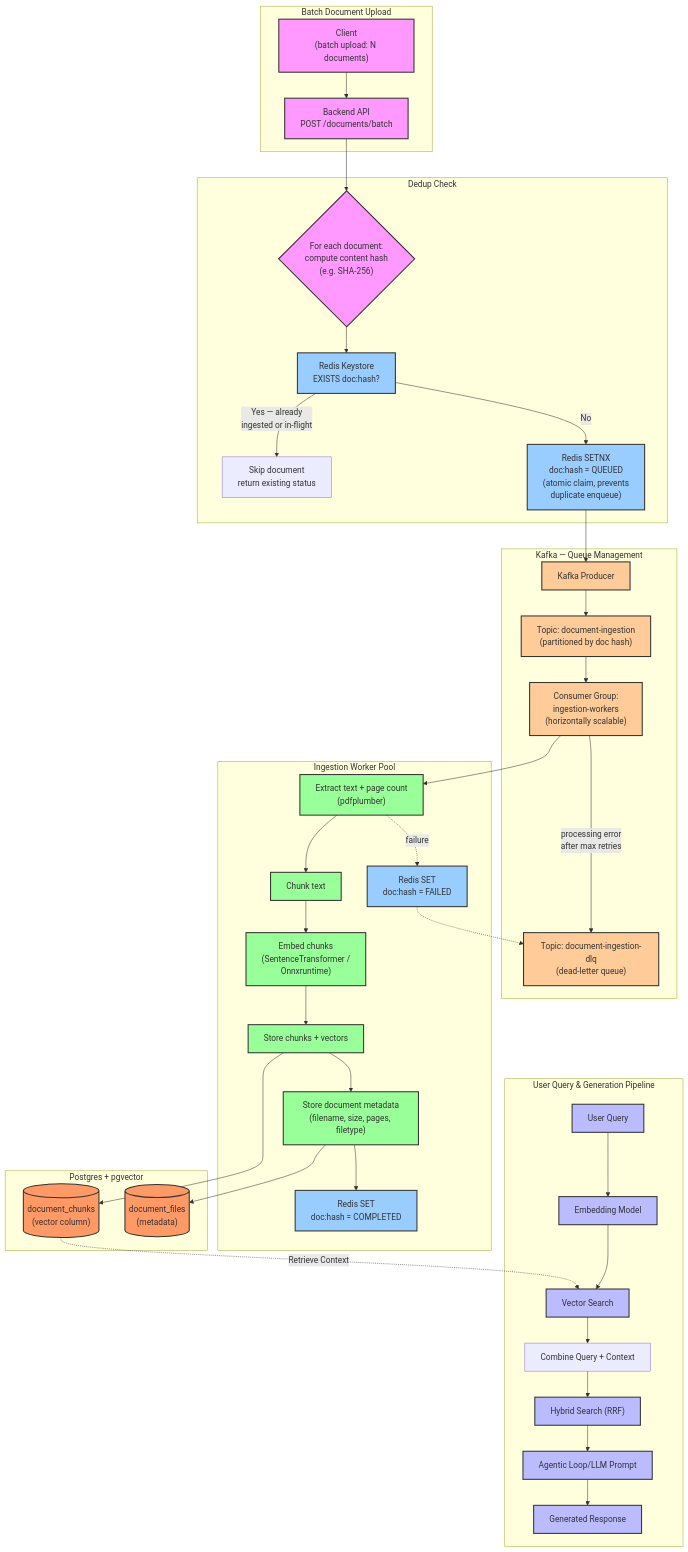
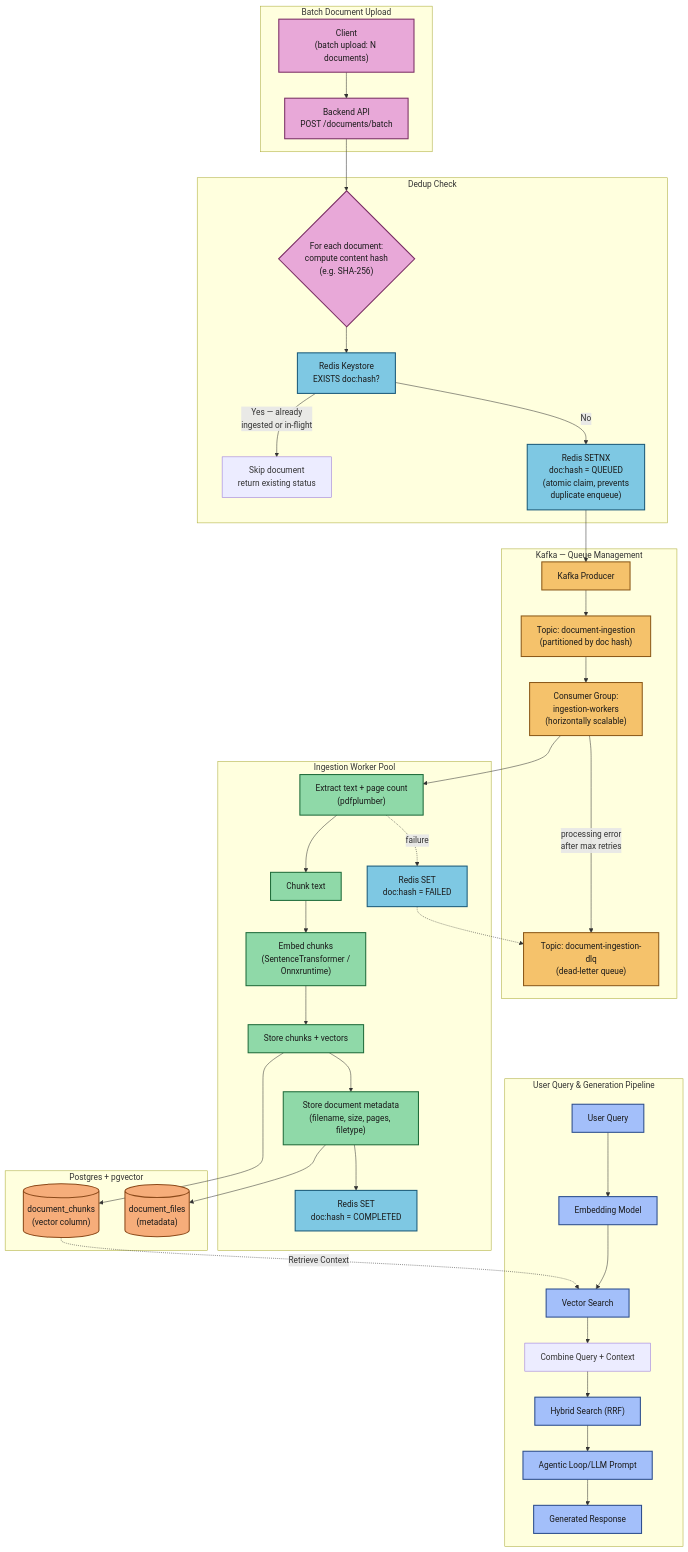
One commit to Last-Mile-Health-DH/Senior-Full-Stack-Engineer-Skills-Assessment changed the fourth of 4 diagrams in README.md. Above: the diagram before and after it, drawn with Mermaid. The commit also changed other lines of this file, not shown here.

Commit message:
updating Readme mermaid colors

````diff
--- a/README.md
+++ b/README.md
@@ -332,65 +332,65 @@
 ```mermaid
 
 flowchart TD
-    classDef ingestion fill:#f9f,stroke:#333,stroke-width:2px;
-    classDef queue fill:#fc9,stroke:#333,stroke-width:2px;
-    classDef cache fill:#9cf,stroke:#333,stroke-width:2px;
-    classDef storage fill:#f96,stroke:#333,stroke-width:2px;
-    classDef query fill:#bbf,stroke:#333,stroke-width:2px;
-    classDef worker fill:#9f9,stroke:#333,stroke-width:2px;
+    classDef ingestion fill:#e8a8d8,stroke:#7a2e64,stroke-width:2px,color:#1a1a1a;
+    classDef queue fill:#f5c26b,stroke:#8c5a1a,stroke-width:2px,color:#1a1a1a;
+    classDef cache fill:#7ec8e3,stroke:#1a5a7a,stroke-width:2px,color:#1a1a1a;
+    classDef storage fill:#f6ad7a,stroke:#8c4a1a,stroke-width:2px,color:#1a1a1a;
+    classDef query fill:#a3bffa,stroke:#2b4c8c,stroke-width:2px,color:#1a1a1a;
+    classDef worker fill:#8fd9a8,stroke:#1f6b3a,stroke-width:2px,color:#1a1a1a;
 
     %% ---------------- Batch Upload / Ingestion ----------------
     subgraph Upload["Batch Document Upload"]
         A["Client<br/>(batch upload: N documents)"] --> B["Backend API<br/>POST /documents/batch"]
     end
 
     subgraph Dedup["Dedup Check"]
         B --> C{"For each document:<br/>compute content hash<br/>(e.g. SHA-256)"}
         C --> D["Redis Keystore<br/>EXISTS doc:hash?"]
         D -->|"Yes — already<br/>ingested or in-flight"| E["Skip document<br/>return existing status"]
         D -->|"No"| F["Redis SETNX<br/>doc:hash = QUEUED<br/>(atomic claim, prevents<br/>duplicate enqueue)"]
     end
 
     subgraph Queue["Kafka — Queue Management"]
         F --> G["Kafka Producer"]
         G --> H["Topic: document-ingestion<br/>(partitioned by doc hash)"]
         H --> I["Consumer Group:<br/>ingestion-workers<br/>(horizontally scalable)"]
         I -->|processing error<br/>after max retries| J["Topic: document-ingestion-dlq<br/>(dead-letter queue)"]
     end
 
     subgraph Worker["Ingestion Worker Pool"]
         I --> K["Extract text + page count<br/>(pdfplumber)"]
         K --> L["Chunk text"]
         L --> M["Embed chunks<br/>(SentenceTransformer /<br/>Onnxruntime)"]
         M --> N["Store chunks + vectors"]
         N --> O["Store document metadata<br/>(filename, size, pages, filetype)"]
         O --> P["Redis SET<br/>doc:hash = COMPLETED"]
         K -.->|failure| Q["Redis SET<br/>doc:hash = FAILED"]
         Q -.-> J
     end
 
     subgraph Storage["Postgres + pgvector"]
         N --> R[("document_chunks<br/>(vector column)")]
         O --> S[("document_files<br/>(metadata)")]
     end
 
     %% ---------------- Query Phase (unchanged) ----------------
     subgraph QueryPhase["User Query & Generation Pipeline"]
         T["User Query"] --> U["Embedding Model"]
         U --> V["Vector Search"]
         R -.->|Retrieve Context| V
         V --> W1["Combine Query + Context"]
         W1 --> W["Hybrid Search (RRF)"]
         W --> X["Agentic Loop/LLM Prompt"]
         X --> Y["Generated Response"]
     end
 
     class A,B,C ingestion;
     class D,F,P,Q cache;
     class G,H,I,J queue;
     class K,L,M,N,O worker;
     class R,S storage;
     class T,U,V,W,X,Y query;
 
 
 ```
````
